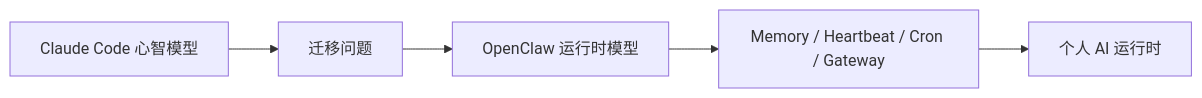
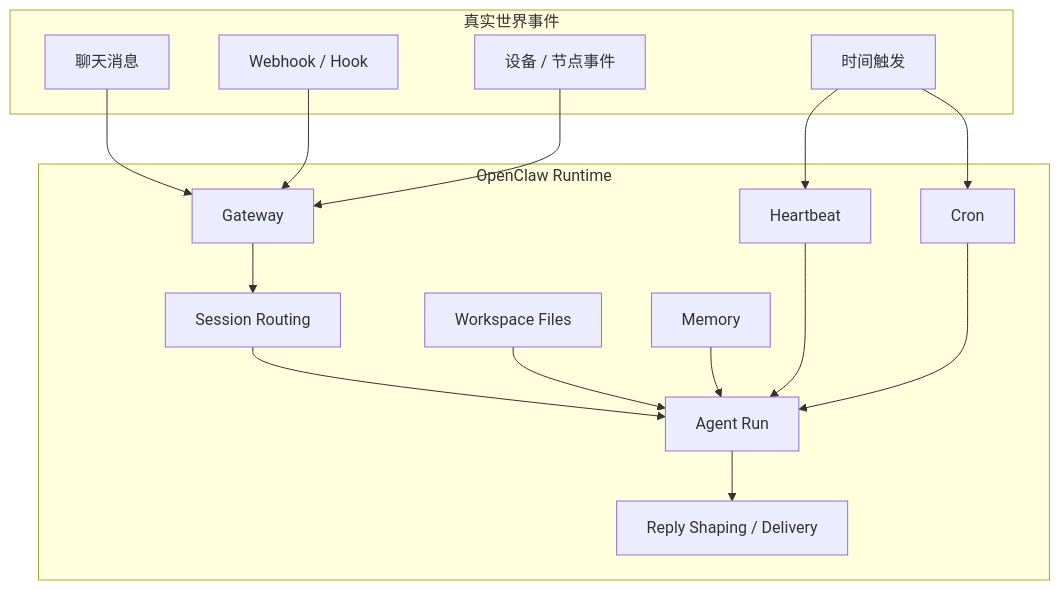
One commit to T0UGH/openclaw-source-reading changed the diagram in docs/guidebook/volume-1-concept-boundary/01-not-waiting-agent.md. Above: the diagram before and after it, drawn with Mermaid. The commit also changed other lines of this file and 3 other files, not shown here.

Commit message:
Draft OpenClaw guidebook opening chapters

````diff
--- a/docs/guidebook/volume-1-concept-boundary/01-not-waiting-agent.md
+++ b/docs/guidebook/volume-1-concept-boundary/01-not-waiting-agent.md
@@ -24,7 +32,32 @@
 ```mermaid
-flowchart LR
-  CC[Claude Code 心智模型] --> Q[迁移问题]
-  Q --> OC[OpenClaw 运行时模型]
-  OC --> M[Memory / Heartbeat / Cron / Gateway]
-  M --> R[个人 AI 运行时]
+flowchart TB
+  subgraph world["真实世界事件"]
+    Msg[聊天消息]
+    Time[时间触发]
+    Hook[Webhook / Hook]
+    Node[设备 / 节点事件]
+  end
+
+  subgraph runtime["OpenClaw Runtime"]
+    GW[Gateway]
+    SR[Session Routing]
+    WS[Workspace Files]
+    Mem[Memory]
+    HB[Heartbeat]
+    Cron[Cron]
+    Agent[Agent Run]
+    Delivery[Reply Shaping / Delivery]
+  end
+
+  Msg --> GW
+  Time --> HB
+  Time --> Cron
+  Hook --> GW
+  Node --> GW
+  GW --> SR --> Agent
+  WS --> Agent
+  Mem --> Agent
+  HB --> Agent
+  Cron --> Agent
+  Agent --> Delivery
 ```
````
